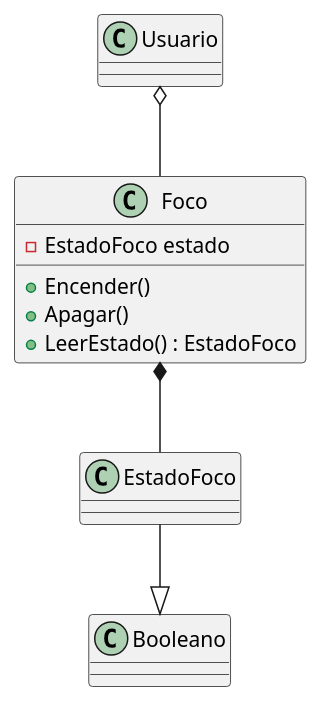
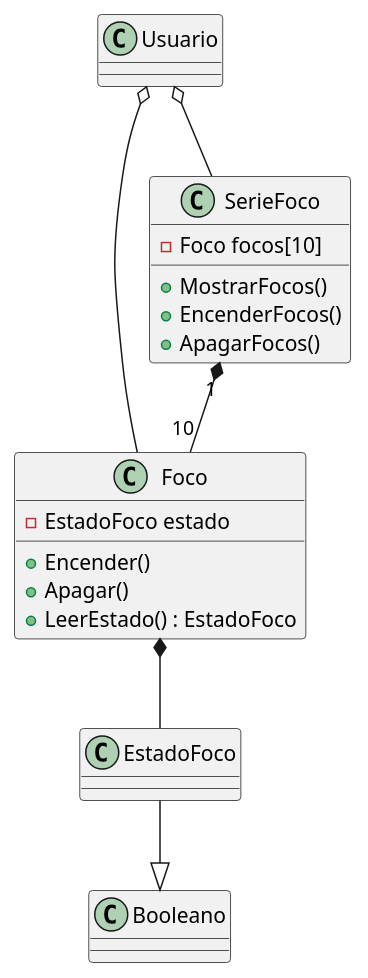
The diagram in docs/foco.puml (a25110277-Francisco/3E261-SEGUNDO-PARCIAL), drawn with PlantUML before and after one commit. The commit also changed 4 other files, not shown here.

```diff
--- a/docs/foco.puml
+++ b/docs/foco.puml
@@ -1,18 +1,28 @@
 @startuml foco
 
 class Usuario
 class Foco
 class EstadoFoco
+class SerieFoco
 
 Usuario o-- Foco
 Foco *-- EstadoFoco
 EstadoFoco --|> Booleano
+SerieFoco "1" *-- "10" Foco
+Usuario o-- SerieFoco
 
 class Foco{
     - EstadoFoco estado
     + Encender()
     + Apagar()
     + LeerEstado() : EstadoFoco
 }
 
+class SerieFoco{
+    - Foco focos[10]
+    + MostrarFocos()
+    + EncenderFocos()
+    + ApagarFocos()
+}
+
 @enduml
```
